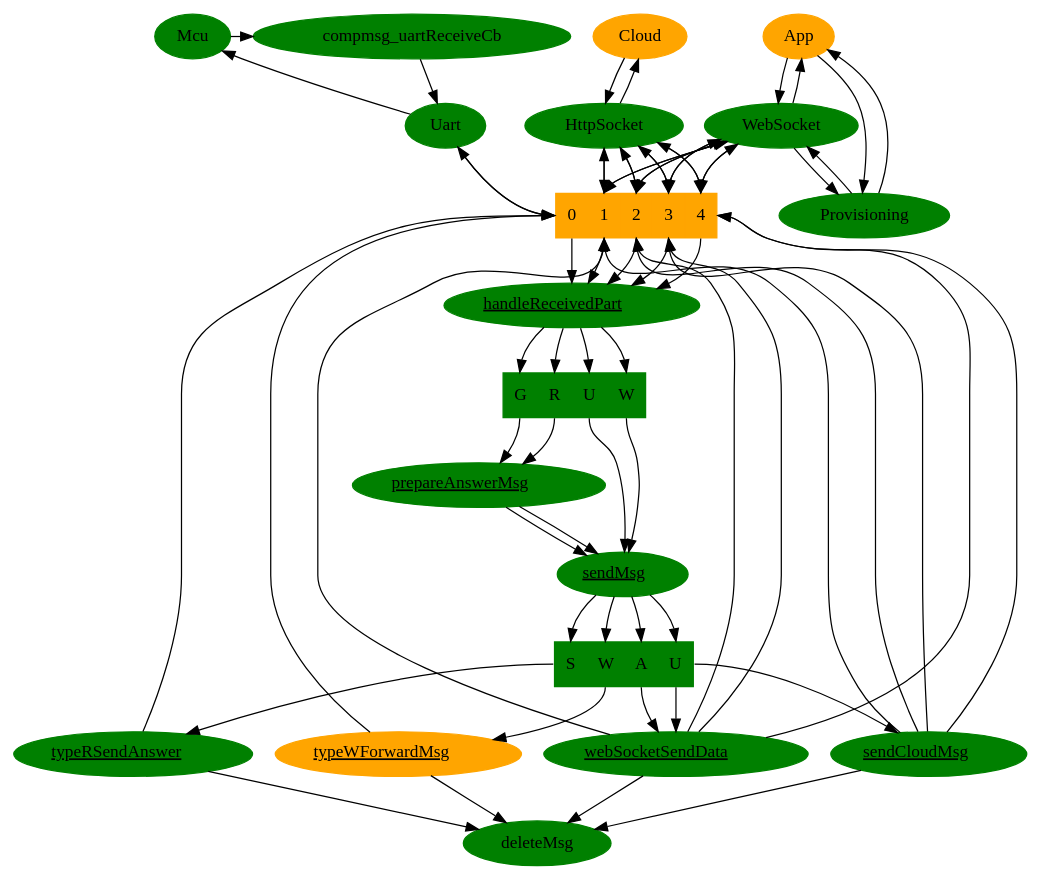
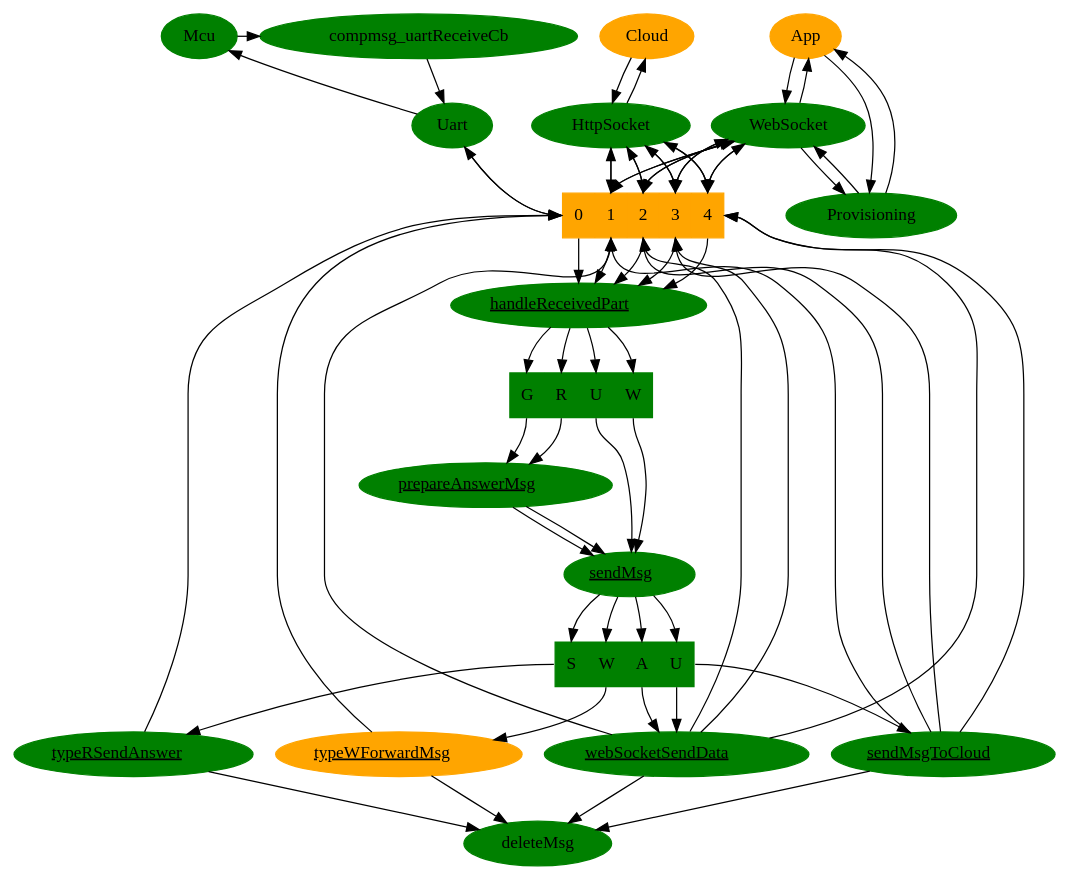
The diagram in dot_files/handleMsg.dot (apwiede/nodemcu), drawn with Graphviz before and after one commit. The commit also changed 1 other file, not shown here.

```diff
--- a/dot_files/handleMsg.dot
+++ b/dot_files/handleMsg.dot
@@ -1,91 +1,91 @@
 digraph G1 {
   compmsg_uartReceiveCb[style="filled", color="green"];
   compmsg_uartReceiveCb -> Uart;
   Mcu[style="filled", color="green"];
   Mcu -> compmsg_uartReceiveCb;
   Queue [style="filled", color="orange", shape=record, label="<f0> 0|<f1> 1|<f2> 2|<f3> 3|<f4> 4"];
   Uart -> Queue:f0;
   Queue:f0 -> Uart;
   Uart -> Mcu;
   Uart[style="filled", color="green"];
   WebSocket[style="filled", color="green"];
   App[style="filled", color="orange"];
   App -> Provisioning;
   Provisioning[style="filled", color="green"];
   Provisioning -> WebSocket;
   Provisioning -> App;
   App -> WebSocket;
   WebSocket -> App;
   WebSocket -> Provisioning;
   WebSocket -> Queue:f1;
   WebSocket -> Queue:f2;
   WebSocket -> Queue:f3;
   WebSocket -> Queue:f4;
   Queue:f1 -> WebSocket;
   Queue:f2 -> WebSocket;
   Queue:f3 -> WebSocket;
   Queue:f4 -> WebSocket;
   Cloud[style="filled", color="orange"];
   Cloud -> HttpSocket;
   HttpSocket -> Cloud;
   HttpSocket[style="filled", color="green"];
   HttpSocket -> Queue:f1;
   HttpSocket -> Queue:f2;
   HttpSocket -> Queue:f3;
   HttpSocket -> Queue:f4;
   {rank=same; "compmsg_uartReceiveCb"; "Mcu"; "App"; "Cloud";}
   {rank=same; "Uart"; "WebSocket"; "HttpSocket";}
   Queue:f1 -> HttpSocket;
   Queue:f2 -> HttpSocket;
   Queue:f3 -> HttpSocket;
   Queue:f4 -> HttpSocket;
   Queue:f0 -> handleReceivedPart;
   Queue:f1 -> handleReceivedPart;
   Queue:f2 -> handleReceivedPart;
   Queue:f3 -> handleReceivedPart;
   Queue:f4 -> handleReceivedPart;
   handleReceivedPart[style="filled", color="green", label=<<u>handleReceivedPart</u>> URL="\ref grp_handleReceivedPart"];
   prepareAnswerMsg[style="filled", color="green", label=<<u>prepareAnswerMsg</u>> URL="\ref grp_prepareAnswerMsg"];
   receiveMsgSwitch [style="filled", color="green", shape=record, label="<f0> G|<f1> R|<f2> U|<f3> W"];
   handleReceivedPart -> receiveMsgSwitch:f0;
   handleReceivedPart -> receiveMsgSwitch:f1;
   handleReceivedPart -> receiveMsgSwitch:f2;
   handleReceivedPart -> receiveMsgSwitch:f3;
   receiveMsgSwitch:f0 -> prepareAnswerMsg;
   receiveMsgSwitch:f1 -> prepareAnswerMsg;
   prepareAnswerMsg -> sendMsg;
   prepareAnswerMsg -> sendMsg;
   receiveMsgSwitch:f2 -> sendMsg
   receiveMsgSwitch:f3 -> sendMsg
   sendMsg[style="filled", color="green", label=<<u>sendMsg</u>> URL="\ref sendMsg"];
   sendMsg -> sendMsgSwitch:f0;
   sendMsg -> sendMsgSwitch:f1;
   sendMsg -> sendMsgSwitch:f2
   sendMsg -> sendMsgSwitch:f3
   sendMsgSwitch [style="filled", color="green",shape=record, label="<f0> S|<f1> W|<f2> A|<f3> U"];
   sendMsgSwitch:f2 -> webSocketSendData;
   sendMsgSwitch:f0 -> typeRSendAnswer;
   sendMsgSwitch:f3 -> webSocketSendData;
   sendMsgSwitch:f3 -> sendCloudMsg;
   sendMsgSwitch:f1 -> typeWForwardMsg;
   typeRSendAnswer[style="filled", color="green", label=<<u>typeRSendAnswer</u>> URL="\ref typeRSendAnswer"];
-  sendCloudMsg[style="filled", color="green", label=<<u>sendCloudMsg</u>> URL="\ref grp_sendCloudMsg"];
+  sendCloudMsg[style="filled", color="green", label=<<u>sendMsgToCloud</u>> URL="\ref grp_sendCloudMsg"];
   webSocketSendData[style="filled", color="green", label=<<u>webSocketSendData</u>> URL="\ref websocketSendData"];
   webSocketSendData -> Queue:f1;
   webSocketSendData -> Queue:f2;
   webSocketSendData -> Queue:f3;
   webSocketSendData -> Queue:f4;
   sendCloudMsg -> Queue:f1;
   sendCloudMsg -> Queue:f2;
   sendCloudMsg -> Queue:f3;
   sendCloudMsg -> Queue:f4;
   {rank=same; "typeRSendAnswer"; "typeWForwardMsg"; "webSocketSendData"; "sendCloudMsg";}
   typeWForwardMsg[style="filled", color="orange", label=<<u>typeWForwardMsg</u>> URL="\ref forwardMsg"];
   typeRSendAnswer -> Queue:f0;
   typeWForwardMsg -> Queue:f0;
   typeRSendAnswer -> deleteMsg;
   typeWForwardMsg -> deleteMsg;
   deleteMsg[style="filled", color="green"];
   sendCloudMsg -> deleteMsg;
   webSocketSendData -> deleteMsg;
 }
```
